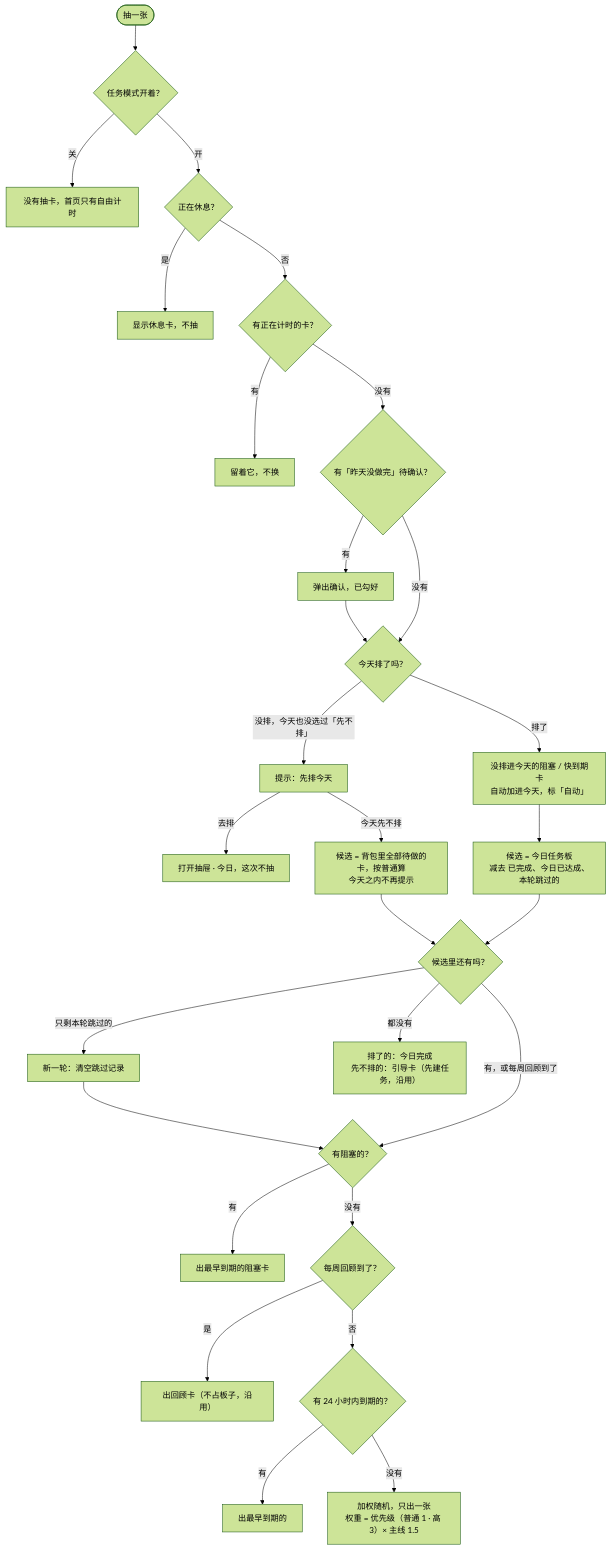
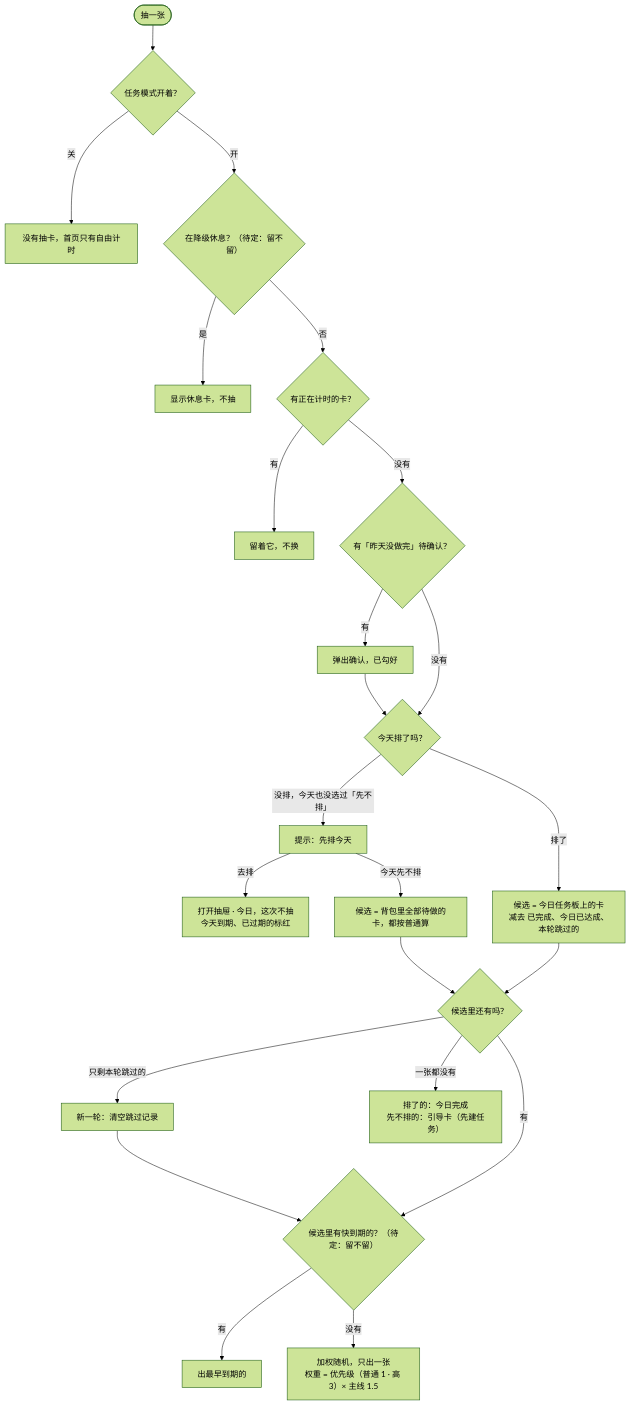
Before and after one commit to kai-wei-kfuse/monorail: the second of 6 diagrams in docs/stages/0.3.1-flows.md, drawn with Mermaid (forest theme). The commit also changed other lines of this file and 1 other file, not shown here.

````diff
--- a/docs/stages/0.3.1-flows.md
+++ b/docs/stages/0.3.1-flows.md
@@ -37,28 +39,23 @@
 ```mermaid
 flowchart TD
   S(["抽一张"]) --> M{"任务模式开着？"}
   M -->|"关"| M0["没有抽卡，首页只有自由计时"]
-  M -->|"开"| R{"正在休息？"}
+  M -->|"开"| R{"在降级休息？（待定：留不留）"}
   R -->|"是"| R0["显示休息卡，不抽"]
   R -->|"否"| K{"有正在计时的卡？"}
   K -->|"有"| K0["留着它，不换"]
   K -->|"没有"| C{"有「昨天没做完」待确认？"}
   C -->|"有"| C1["弹出确认，已勾好"] --> P
   C -->|"没有"| P{"今天排了吗？"}
   P -->|"没排，今天也没选过「先不排」"| P1["提示：先排今天"]
-  P1 -->|"去排"| P2["打开抽屉 · 今日，这次不抽"]
-  P1 -->|"今天先不排"| W["候选 = 背包里全部待做的卡，按普通算<br/>今天之内不再提示"]
-  P -->|"排了"| X["没排进今天的阻塞 / 快到期卡<br/>自动加进今天，标「自动」"]
-  X --> Y["候选 = 今日任务板<br/>减去 已完成、今日已达成、本轮跳过的"]
+  P1 -->|"去排"| P2["打开抽屉 · 今日，这次不抽<br/>今天到期、已过期的标红"]
+  P1 -->|"今天先不排"| W["候选 = 背包里全部待做的卡，都按普通算"]
+  P -->|"排了"| Y["候选 = 今日任务板上的卡<br/>减去 已完成、今日已达成、本轮跳过的"]
   W --> Q
   Y --> Q{"候选里还有吗？"}
-  Q -->|"只剩本轮跳过的"| Q1["新一轮：清空跳过记录"] --> B
-  Q -->|"有，或每周回顾到了"| B{"有阻塞的？"}
-  Q -->|"都没有"| Z["排了的：今日完成<br/>先不排的：引导卡（先建任务，沿用）"]
-  B -->|"有"| B1["出最早到期的阻塞卡"]
-  B -->|"没有"| V{"每周回顾到了？"}
-  V -->|"是"| V1["出回顾卡（不占板子，沿用）"]
-  V -->|"否"| U{"有 24 小时内到期的？"}
+  Q -->|"只剩本轮跳过的"| Q1["新一轮：清空跳过记录"] --> U
+  Q -->|"有"| U{"候选里有快到期的？（待定：留不留）"}
+  Q -->|"一张都没有"| Z["排了的：今日完成<br/>先不排的：引导卡（先建任务）"]
   U -->|"有"| U1["出最早到期的"]
   U -->|"没有"| G["加权随机，只出一张<br/>权重 = 优先级（普通 1 · 高 3）× 主线 1.5"]
 ```
````
